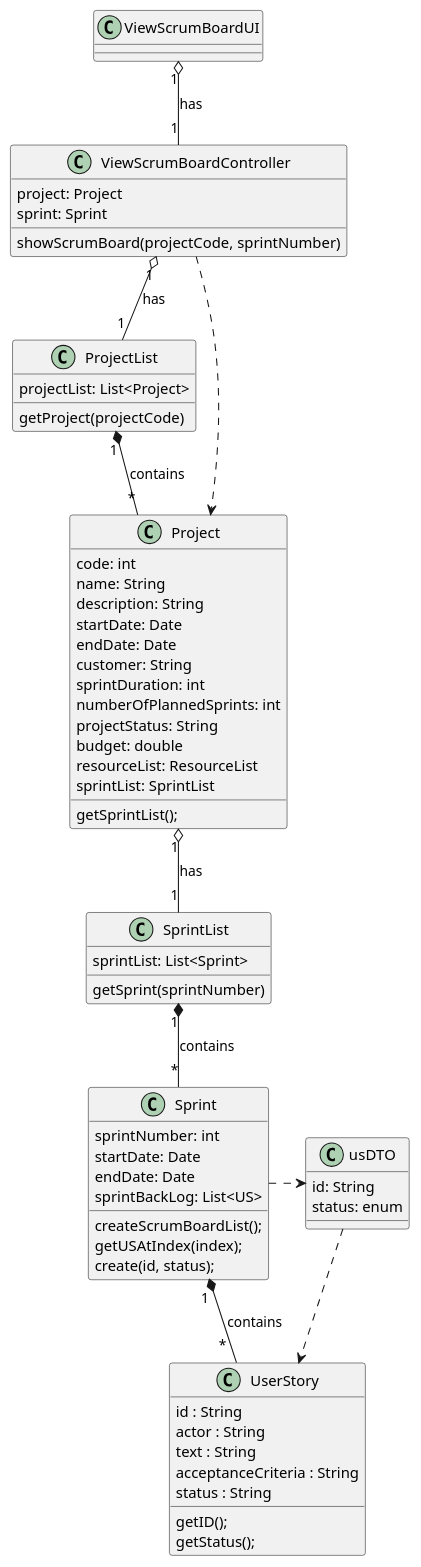
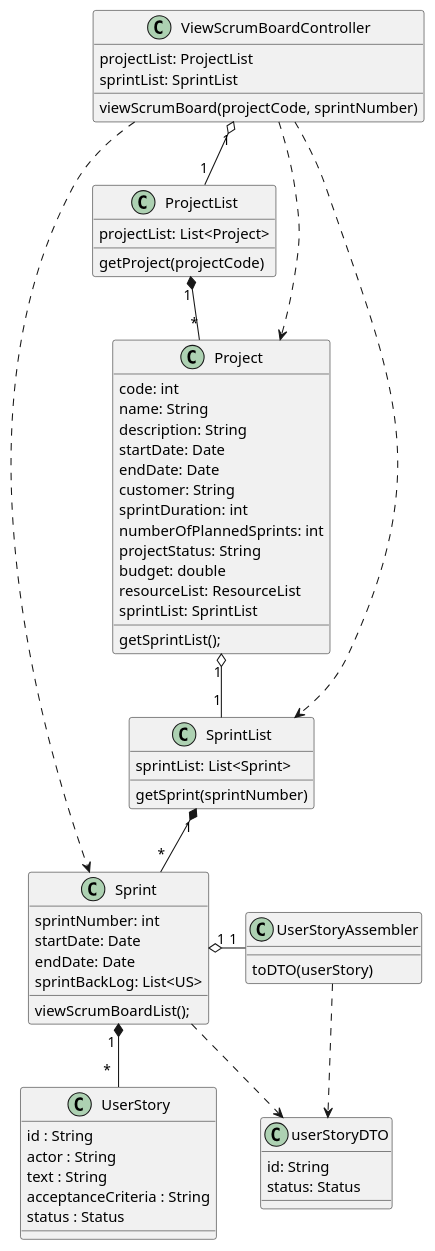
One commit to ivo-menezes/project_g3 changed the diagram in docs/modelling_design/user_stories/us022/US022_ViewScrumBoardCD.puml. Above: the diagram before and after it, drawn with PlantUML.

Commit message:
US022: Design: Updated CD.

```diff
--- a/docs/modelling_design/user_stories/us022/US022_ViewScrumBoardCD.puml
+++ b/docs/modelling_design/user_stories/us022/US022_ViewScrumBoardCD.puml
@@ -1,74 +1,73 @@
 @startuml
 
-class ViewScrumBoardUI {
-}
-
 class ViewScrumBoardController {
-project: Project
-sprint: Sprint
-showScrumBoard(projectCode, sprintNumber)
+projectList: ProjectList
+sprintList: SprintList
+viewScrumBoard(projectCode, sprintNumber)
 }
 
 class ProjectList {
 projectList: List<Project>
 getProject(projectCode)
 }
 
 class Project {
 code: int
 name: String
 description: String
 startDate: Date
 endDate: Date
 customer: String
 sprintDuration: int
 numberOfPlannedSprints: int
 projectStatus: String
 budget: double
 resourceList: ResourceList
 sprintList: SprintList
 getSprintList();
 }
 
 class SprintList {
 sprintList: List<Sprint>
 getSprint(sprintNumber)
 }
 
-class usDTO{
+class userStoryDTO{
 id: String
-status: enum
+status: Status
 }
 
 class Sprint{
 sprintNumber: int
 startDate: Date
 endDate: Date
 sprintBackLog: List<US>
-createScrumBoardList();
-getUSAtIndex(index);
-create(id, status);
+viewScrumBoardList();
 }
 
 class UserStory {
 id : String
 actor : String
 text : String
 acceptanceCriteria : String
-status : String
-getID();
-getStatus();
+status : Status
 }
 
-ViewScrumBoardUI "1" o--  "1" ViewScrumBoardController: has
-ViewScrumBoardController "1" o-- "1" ProjectList: has
-ProjectList "1" *-- "*" Project: contains
-Project "1" o-- "1" SprintList: has
-SprintList "1" *-- "*" Sprint: contains
-Sprint "1 " *-- " *  " UserStory : contains
+class UserStoryAssembler{
+toDTO(userStory)
+}
+
+ViewScrumBoardController "1" o-- "1" ProjectList
+ProjectList "1" *-- "*" Project
+Project "1" o-- "1" SprintList
+SprintList "1" *-- "*" Sprint
+Sprint "1 " *-- " *  " UserStory
 ViewScrumBoardController ..> Project
-Sprint .right.> usDTO
-usDTO ..> UserStory
+Sprint .right.> userStoryDTO
+ViewScrumBoardController ..> SprintList
+Sprint "1" o-right- "1" UserStoryAssembler
+UserStoryAssembler ..> userStoryDTO
+ViewScrumBoardController .down.> Sprint
 
 
 @enduml
```
